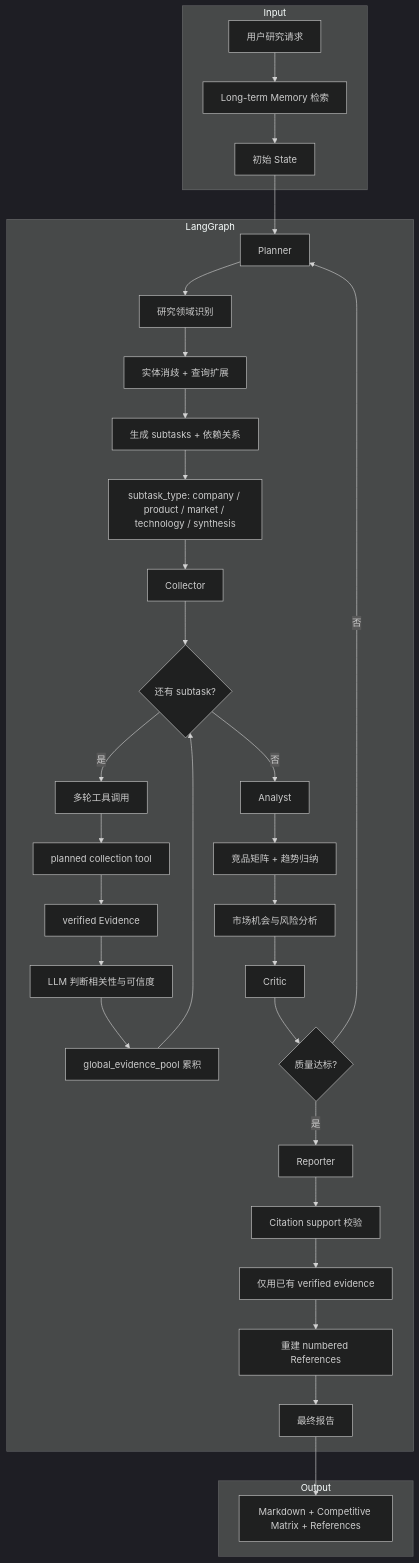
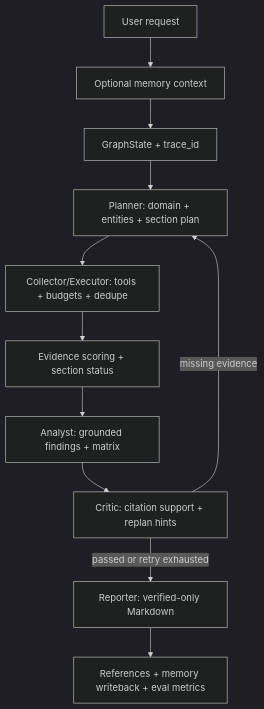
The first of 3 diagrams in docs/architecture.md (Caser-86/InsightGraph), drawn with Mermaid (dark theme) before and after one commit. The commit also changed other lines of this file and 6 other files, not shown here.

Commit message:
docs: define report quality roadmap

````diff
--- a/docs/architecture.md
+++ b/docs/architecture.md
@@ -99,40 +50,13 @@
 ```mermaid
 flowchart TB
-    subgraph Input
-        A[用户研究请求] --> B[Long-term Memory 检索]
-        B --> C[初始 State]
-    end
-
-    subgraph LangGraph
-        C --> D[Planner]
-        D --> D1[研究领域识别]
-        D1 --> D2[实体消歧 + 查询扩展]
-        D2 --> D3[生成 subtasks + 依赖关系]
-        D3 --> D4[subtask_type: company / product / market / technology / synthesis]
-        D4 --> E[Collector]
-
-        E --> E1{还有 subtask?}
-        E1 -->|是| E2[多轮工具调用]
-        E2 --> E3[planned collection tool]
-        E3 --> E4[verified Evidence]
-        E4 --> E5[LLM 判断相关性与可信度]
-        E5 --> E6[global_evidence_pool 累积]
-        E6 --> E1
-        E1 -->|否| F[Analyst]
-
-        F --> F1[竞品矩阵 + 趋势归纳]
-        F1 --> F2[市场机会与风险分析]
-        F2 --> G[Critic]
-        G --> G1{质量达标?}
-        G1 -->|否| D
-        G1 -->|是| H[Reporter]
-        H --> H1[Citation support 校验]
-        H1 --> H2[仅用已有 verified evidence]
-        H2 --> H3[重建 numbered References]
-        H3 --> I[最终报告]
-    end
-
-    subgraph Output
-        I --> J[Markdown + Competitive Matrix + References]
-    end
+    A[User request] --> B[Optional memory context]
+    B --> C[GraphState + trace_id]
+    C --> D[Planner: domain + entities + section plan]
+    D --> E[Collector/Executor: tools + budgets + dedupe]
+    E --> F[Evidence scoring + section status]
+    F --> G[Analyst: grounded findings + matrix]
+    G --> H[Critic: citation support + replan hints]
+    H -->|missing evidence| D
+    H -->|passed or retry exhausted| I[Reporter: verified-only Markdown]
+    I --> J[References + memory writeback + eval metrics]
 ```
````
